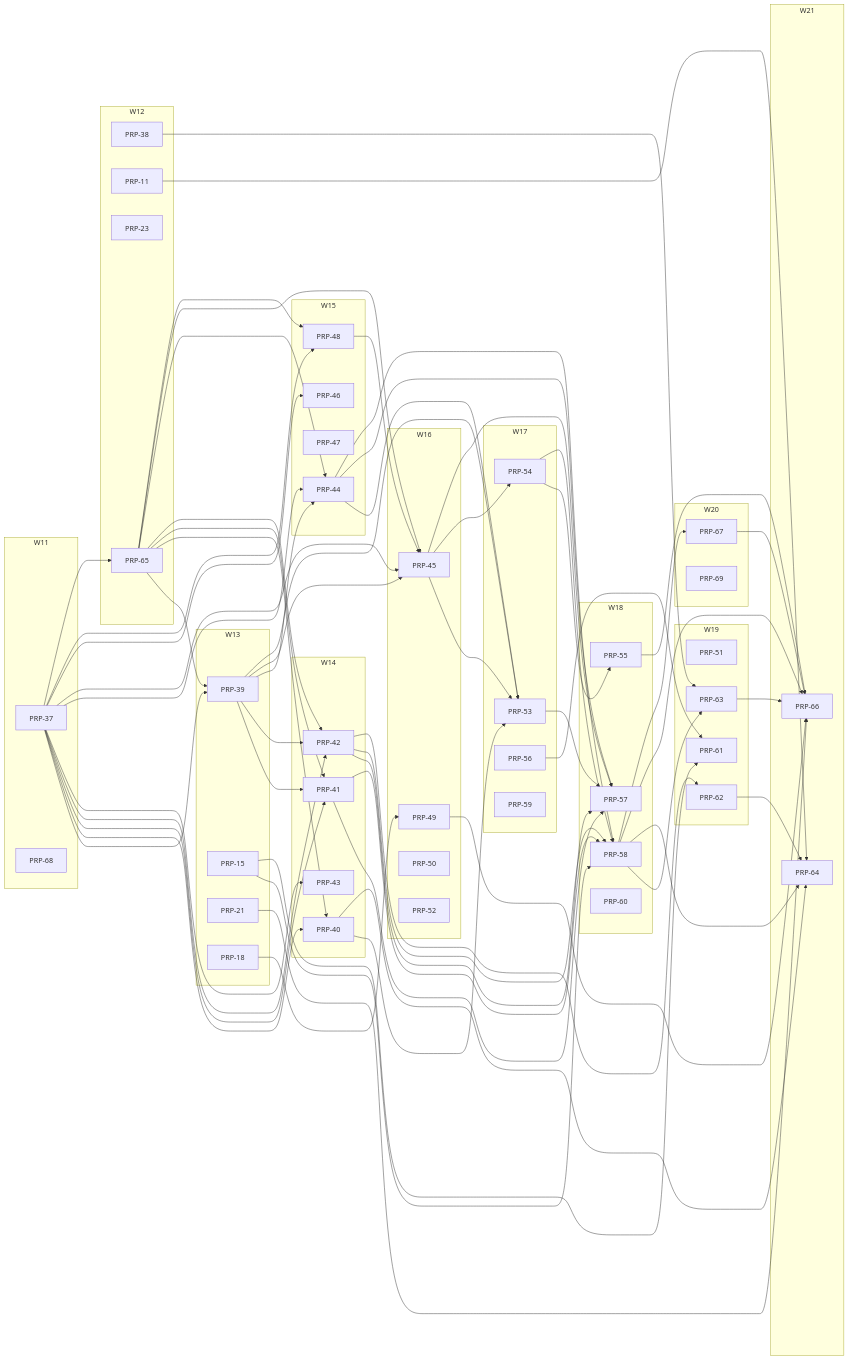
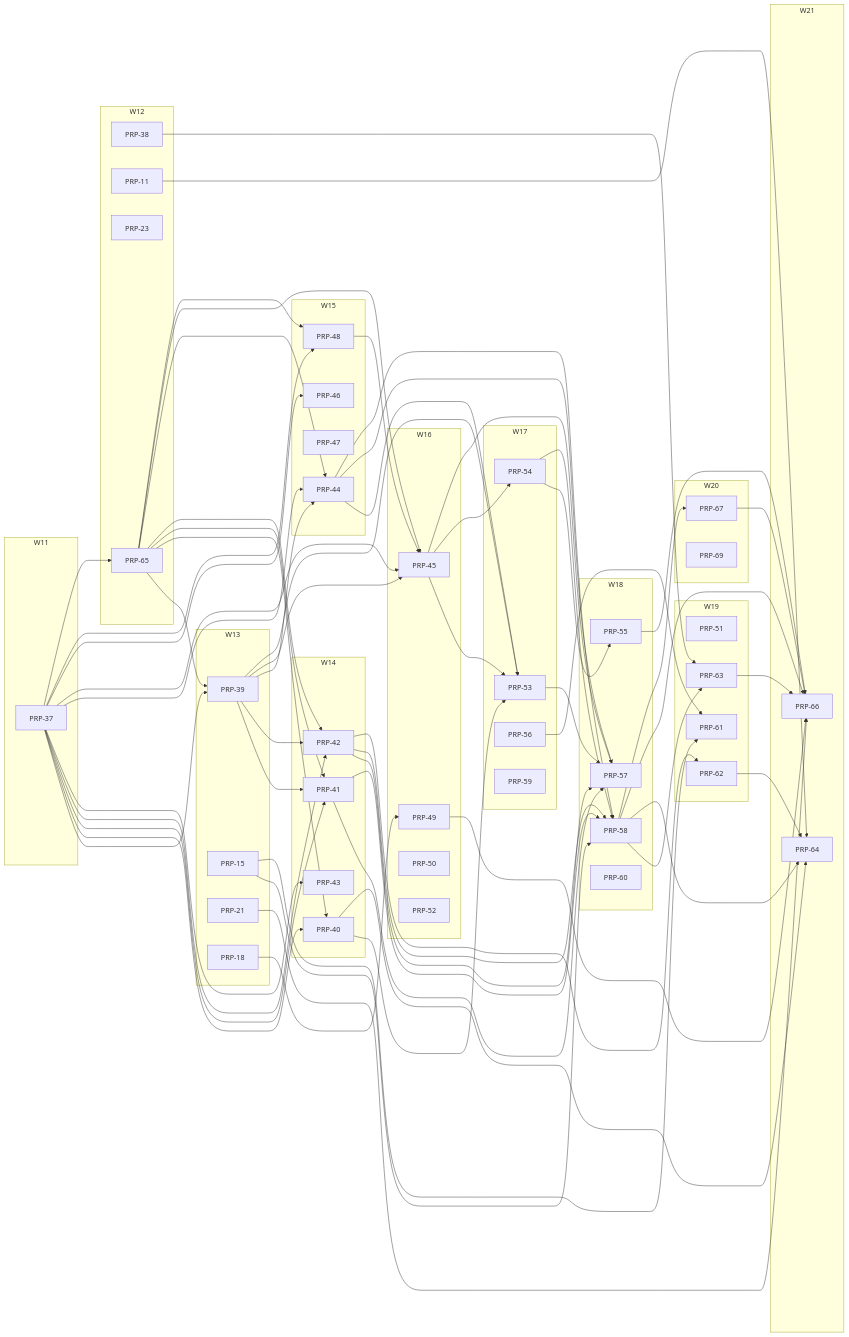
The diagram in PRPs/EXECUTION-PLAN.md (fgarofalo56/neurosphere), drawn with Mermaid before and after one commit. The commit also changed other lines of this file and 5 other files, not shown here.

```diff
--- a/PRPs/EXECUTION-PLAN.md
+++ b/PRPs/EXECUTION-PLAN.md
@@ -173,7 +172,6 @@
 flowchart LR
   subgraph W11
     P37["PRP-37"]
-    P68["PRP-68"]
   end
   subgraph W12
     P38["PRP-38"]
```
